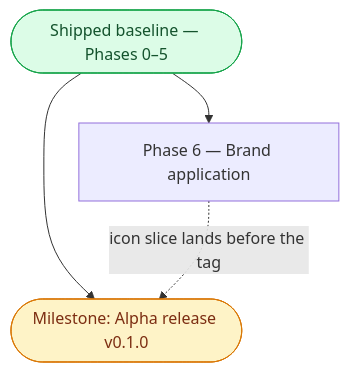
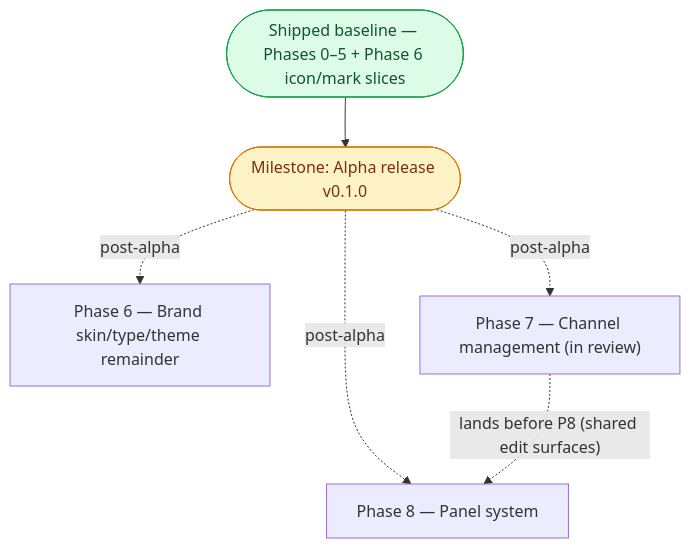
Before and after one commit to ericwait/eaa-traffic-monitor: the diagram in docs/Implementation-Plan.md, drawn with Mermaid. The commit also changed other lines of this file and 2 other files, not shown here.

First line of the commit message:
Incorporate the panel-system and reskin plans into the implementation plan

````diff
--- a/docs/Implementation-Plan.md
+++ b/docs/Implementation-Plan.md
@@ -37,16 +39,20 @@
 ```mermaid
 flowchart TD
-    BASE(["Shipped baseline — Phases 0–5"])
-    P6["Phase 6 — Brand application"]
+    BASE(["Shipped baseline — Phases 0–5 + Phase 6 icon/mark slices"])
+    P6["Phase 6 — Brand skin/type/theme remainder"]
+    P7["Phase 7 — Channel management (in review)"]
+    P8["Phase 8 — Panel system"]
 
     ALPHA(["Milestone: Alpha release v0.1.0"])
 
     BASE --> ALPHA
-    BASE --> P6
-    P6 -. icon slice lands before the tag .-> ALPHA
+    ALPHA -. post-alpha .-> P6
+    ALPHA -. post-alpha .-> P7
+    ALPHA -. post-alpha .-> P8
+    P7 -. lands before P8 (shared edit surfaces) .-> P8
 
     classDef milestone fill:#fef3c7,stroke:#d97706,color:#7c2d12
     classDef shipped fill:#dcfce7,stroke:#16a34a,color:#14532d
     class ALPHA milestone
     class BASE shipped
 ```
````
